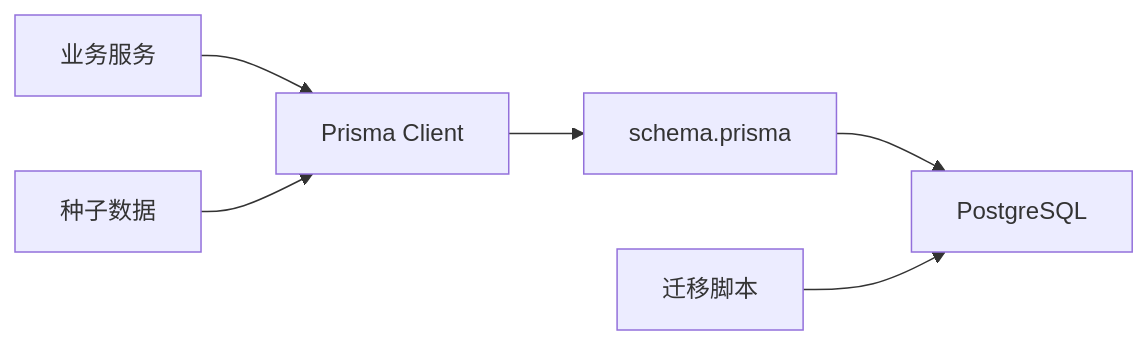
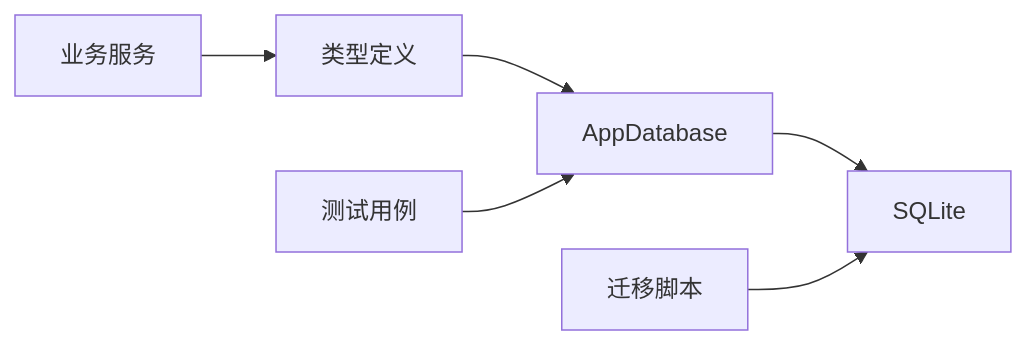
The fifth of 5 diagrams in .qoder/repowiki/zh/content/数据模型/数据库模式设计.md (iljahofbauer219-lang/yandu), drawn with Mermaid before and after one commit. The commit also changed other lines of this file and 153 other files, not shown here.

````diff
--- a/.qoder/repowiki/zh/content/数据模型/数据库模式设计.md
+++ b/.qoder/repowiki/zh/content/数据模型/数据库模式设计.md
@@ -281,8 +282,8 @@
 ```mermaid
 graph LR
-Service["业务服务"] --> PrismaClient["Prisma Client"]
-PrismaClient --> Schema["schema.prisma"]
-Schema --> PostgreSQL["PostgreSQL"]
-Seed["种子数据"] --> PrismaClient
-Migration["迁移脚本"] --> PostgreSQL
+Service["业务服务"] --> Contracts["类型定义"]
+Contracts --> AppDB["AppDatabase"]
+AppDB --> SQLite["SQLite"]
+Test["测试用例"] --> AppDB
+Migration["迁移脚本"] --> SQLite
 ```
````
